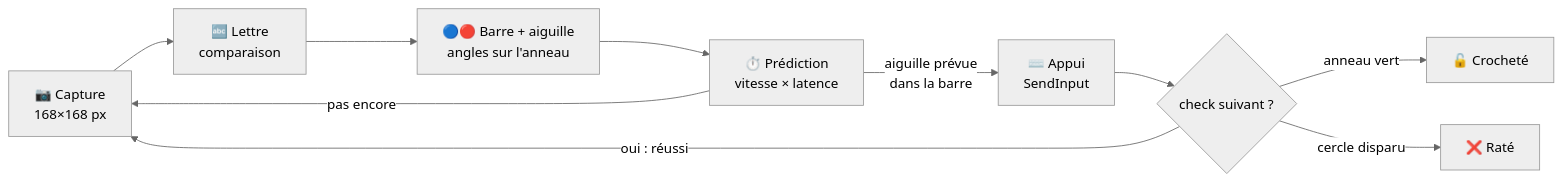
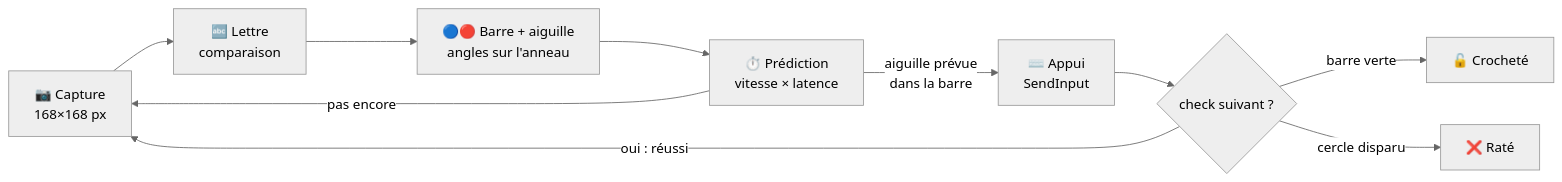
One commit to vortexturize-ai/Crochetage changed the diagram in README.md. Above: the diagram before and after it, drawn with Mermaid (neutral theme). The commit also changed other lines of this file and 8 other files, not shown here.

First line of the commit message:
Baylife uniquement, overlay en jeu, barre verte en fin de cycle

````diff
--- a/README.md
+++ b/README.md
@@ -71,12 +71,12 @@
 ```mermaid
 flowchart LR
     A["📷 Capture<br/>168×168 px"] --> B["🔤 Lettre<br/>comparaison"]
     B --> C["🔵🔴 Barre + aiguille<br/>angles sur l'anneau"]
     C --> D["⏱️ Prédiction<br/>vitesse × latence"]
     D -->|"aiguille prévue<br/>dans la barre"| E["⌨️ Appui<br/>SendInput"]
     D -->|"pas encore"| A
     E --> F{"check suivant ?"}
     F -->|"oui : réussi"| A
-    F -->|"anneau vert"| G["🔓 Crocheté"]
+    F -->|"barre verte"| G["🔓 Crocheté"]
     F -->|"cercle disparu"| H["❌ Raté"]
 ```
````
